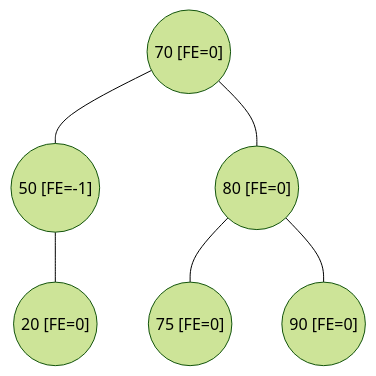
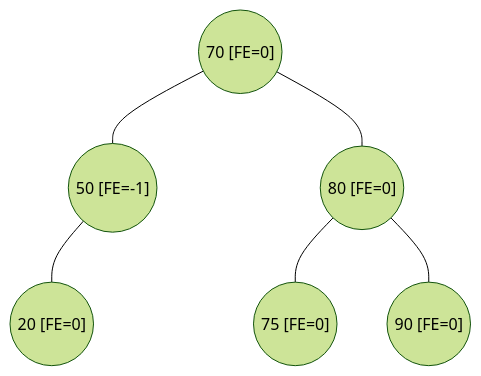
Before and after one commit to frijolitobandido/Guia_Matematica_Discreta: diagram 35 of 38 in 03-arboles.md, drawn with Mermaid (forest theme). The commit also changed other lines of this file, not shown here.

````diff
--- a/03-arboles.md
+++ b/03-arboles.md
@@ -802,8 +824,12 @@
 ```mermaid
 graph TD
     l1(("70 [FE=0]")) --- l2(("50 [FE=-1]"))
     l1 --- l3(("80 [FE=0]"))
     l2 --- l4(("20 [FE=0]"))
+    l2 --- sp1[" "]:::invis
     l3 --- l5(("75 [FE=0]"))
     l3 --- l6(("90 [FE=0]"))
+
+    classDef invis fill:none,stroke:none,color:none
+    linkStyle 3 stroke:none;
 ```
````
